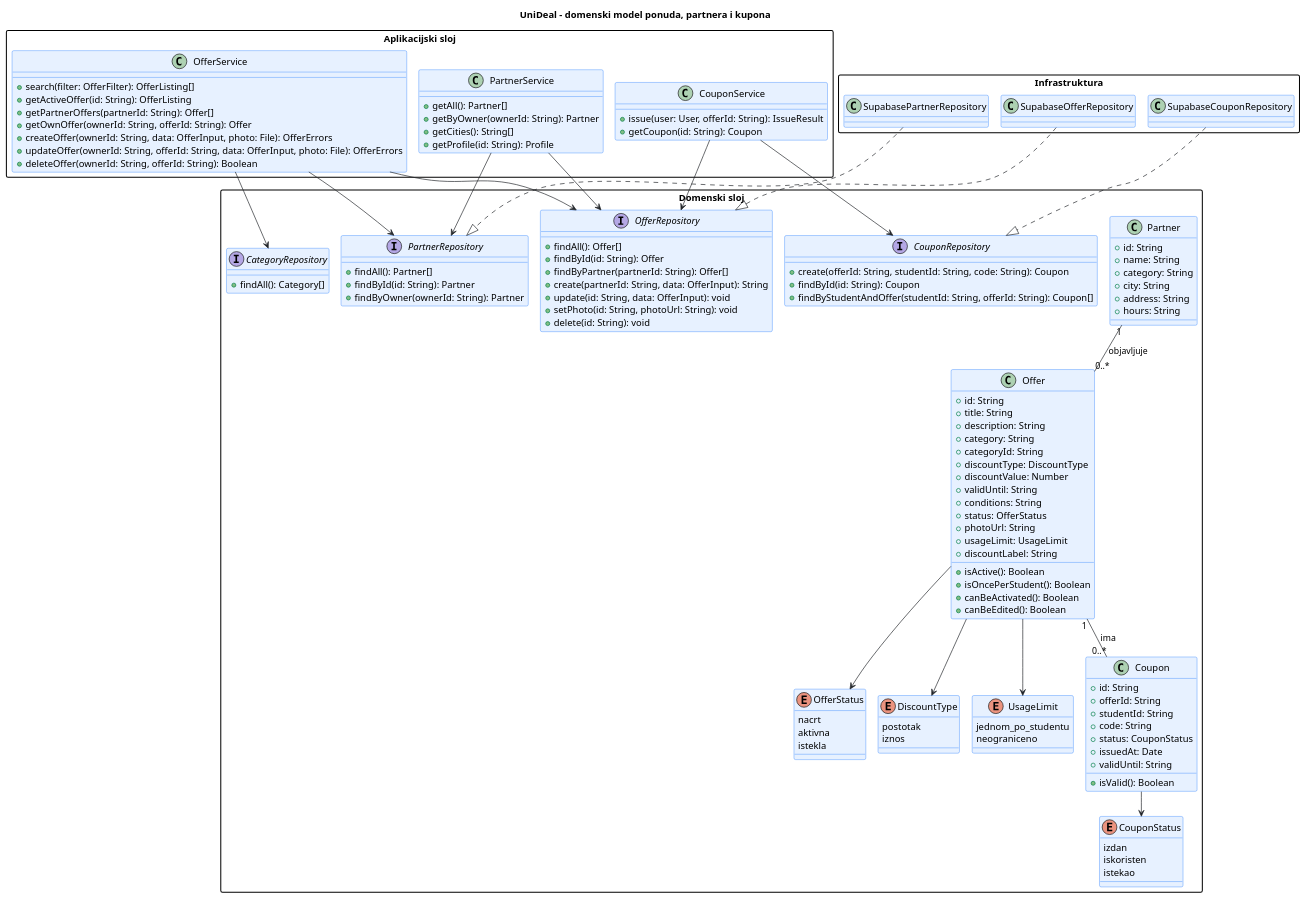
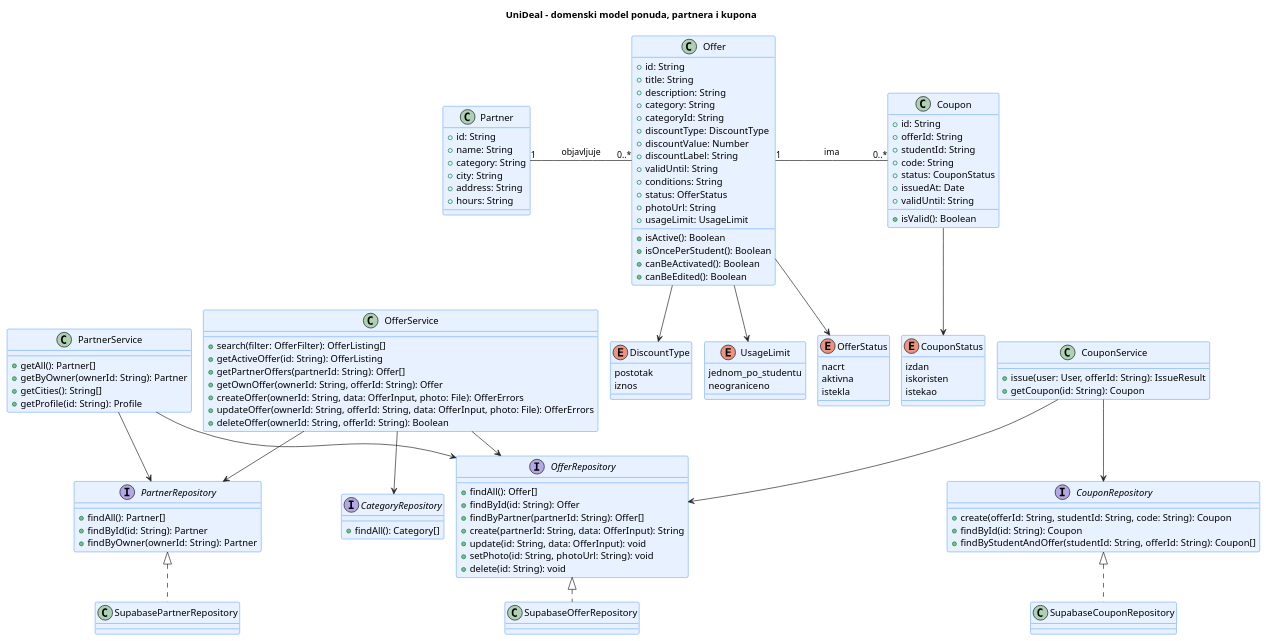
Before and after one commit to matejban/UniDeal: the diagram in docs/puml/4-3-unideal-domain-CD.puml, drawn with PlantUML. The commit also changed other lines of this file and 16 other files, not shown here.

```diff
--- a/docs/puml/4-3-unideal-domain-CD.puml
+++ b/docs/puml/4-3-unideal-domain-CD.puml
@@ -14,143 +21,180 @@
 @startuml
 !pragma layout smetana
 title UniDeal – domenski model ponuda, partnera i kupona
 
 skinparam shadowing false
 skinparam defaultFontName Arial
-skinparam packageStyle rectangle
 skinparam ArrowColor #212529
+skinparam nodesep 60
+skinparam ranksep 50
 
 skinparam class {
     BackgroundColor #E7F1FF
     BorderColor #0D6EFD
 }
 
-package "Aplikacijski sloj" {
-    class OfferService {
-        +search(filter: OfferFilter): OfferListing[]
-        +getActiveOffer(id: String): OfferListing
-        +getPartnerOffers(partnerId: String): Offer[]
-        +getOwnOffer(ownerId: String, offerId: String): Offer
-        +createOffer(ownerId: String, data: OfferInput, photo: File): OfferErrors
-        +updateOffer(ownerId: String, offerId: String, data: OfferInput, photo: File): OfferErrors
-        +deleteOffer(ownerId: String, offerId: String): Boolean
-    }
-    class PartnerService {
-        +getAll(): Partner[]
-        +getByOwner(ownerId: String): Partner
-        +getCities(): String[]
-        +getProfile(id: String): Profile
-    }
-    class CouponService {
-        +issue(user: User, offerId: String): IssueResult
-        +getCoupon(id: String): Coupon
-    }
+' ==============================================================================
+' Vrijednosti (enum)
+' ==============================================================================
+
+enum OfferStatus {
+    nacrt
+    aktivna
+    istekla
+}
+enum DiscountType {
+    postotak
+    iznos
+}
+enum UsageLimit {
+    jednom_po_studentu
+    neograniceno
+}
+enum CouponStatus {
+    izdan
+    iskoristen
+    istekao
 }
 
-package "Domenski sloj" {
-    enum OfferStatus {
-        nacrt
-        aktivna
-        istekla
-    }
-    enum DiscountType {
-        postotak
-        iznos
-    }
-    enum UsageLimit {
-        jednom_po_studentu
-        neograniceno
-    }
-    enum CouponStatus {
-        izdan
-        iskoristen
-        istekao
-    }
-    class Offer {
-        +id: String
-        +title: String
-        +description: String
-        +category: String
-        +categoryId: String
-        +discountType: DiscountType
-        +discountValue: Number
-        +validUntil: String
-        +conditions: String
-        +status: OfferStatus
-        +photoUrl: String
-        +usageLimit: UsageLimit
-        +isActive(): Boolean
-        +isOncePerStudent(): Boolean
-        +canBeActivated(): Boolean
-        +canBeEdited(): Boolean
-        +discountLabel: String
-    }
-    class Partner {
-        +id: String
-        +name: String
-        +category: String
-        +city: String
-        +address: String
-        +hours: String
-    }
-    class Coupon {
-        +id: String
-        +offerId: String
-        +studentId: String
-        +code: String
-        +status: CouponStatus
-        +issuedAt: Date
-        +validUntil: String
-        +isValid(): Boolean
-    }
-    interface OfferRepository {
-        +findAll(): Offer[]
-        +findById(id: String): Offer
-        +findByPartner(partnerId: String): Offer[]
-        +create(partnerId: String, data: OfferInput): String
-        +update(id: String, data: OfferInput): void
-        +setPhoto(id: String, photoUrl: String): void
-        +delete(id: String): void
-    }
-    interface PartnerRepository {
-        +findAll(): Partner[]
-        +findById(id: String): Partner
-        +findByOwner(ownerId: String): Partner
-    }
-    interface CategoryRepository {
-        +findAll(): Category[]
-    }
-    interface CouponRepository {
-        +create(offerId: String, studentId: String, code: String): Coupon
-        +findById(id: String): Coupon
-        +findByStudentAndOffer(studentId: String, offerId: String): Coupon[]
-    }
+' ==============================================================================
+' Domenski razredi
+' ==============================================================================
+
+class Partner {
+    +id: String
+    +name: String
+    +category: String
+    +city: String
+    +address: String
+    +hours: String
 }
 
-package "Infrastruktura" {
-    class SupabaseOfferRepository
-    class SupabasePartnerRepository
-    class SupabaseCouponRepository
+class Offer {
+    +id: String
+    +title: String
+    +description: String
+    +category: String
+    +categoryId: String
+    +discountType: DiscountType
+    +discountValue: Number
+    +discountLabel: String
+    +validUntil: String
+    +conditions: String
+    +status: OfferStatus
+    +photoUrl: String
+    +usageLimit: UsageLimit
+    +isActive(): Boolean
+    +isOncePerStudent(): Boolean
+    +canBeActivated(): Boolean
+    +canBeEdited(): Boolean
 }
 
-Partner "1" -- "0..*" Offer : objavljuje >
-Offer --> OfferStatus
-Offer --> DiscountType
-Offer --> UsageLimit
-Offer "1" -- "0..*" Coupon : ima >
-Coupon --> CouponStatus
+class Coupon {
+    +id: String
+    +offerId: String
+    +studentId: String
+    +code: String
+    +status: CouponStatus
+    +issuedAt: Date
+    +validUntil: String
+    +isValid(): Boolean
+}
 
+' ==============================================================================
+' Servisi
+' ==============================================================================
 
-OfferService --> OfferRepository
-OfferService --> PartnerRepository
-OfferService --> CategoryRepository
-PartnerService --> PartnerRepository
-PartnerService --> OfferRepository
-CouponService --> CouponRepository
-CouponService --> OfferRepository
+class PartnerService {
+    +getAll(): Partner[]
+    +getByOwner(ownerId: String): Partner
+    +getCities(): String[]
+    +getProfile(id: String): Profile
+}
 
-SupabaseOfferRepository ..|> OfferRepository
-SupabasePartnerRepository ..|> PartnerRepository
-SupabaseCouponRepository ..|> CouponRepository
+class OfferService {
+    +search(filter: OfferFilter): OfferListing[]
+    +getActiveOffer(id: String): OfferListing
+    +getPartnerOffers(partnerId: String): Offer[]
+    +getOwnOffer(ownerId: String, offerId: String): Offer
+    +createOffer(ownerId: String, data: OfferInput, photo: File): OfferErrors
+    +updateOffer(ownerId: String, offerId: String, data: OfferInput, photo: File): OfferErrors
+    +deleteOffer(ownerId: String, offerId: String): Boolean
+}
+
+class CouponService {
+    +issue(user: User, offerId: String): IssueResult
+    +getCoupon(id: String): Coupon
+}
+
+' ==============================================================================
+' Sučelja repozitorija i implementacije
+' ==============================================================================
+
+interface PartnerRepository {
+    +findAll(): Partner[]
+    +findById(id: String): Partner
+    +findByOwner(ownerId: String): Partner
+}
+
+interface OfferRepository {
+    +findAll(): Offer[]
+    +findById(id: String): Offer
+    +findByPartner(partnerId: String): Offer[]
+    +create(partnerId: String, data: OfferInput): String
+    +update(id: String, data: OfferInput): void
+    +setPhoto(id: String, photoUrl: String): void
+    +delete(id: String): void
+}
+
+interface CategoryRepository {
+    +findAll(): Category[]
+}
+
+interface CouponRepository {
+    +create(offerId: String, studentId: String, code: String): Coupon
+    +findById(id: String): Coupon
+    +findByStudentAndOffer(studentId: String, offerId: String): Coupon[]
+}
+
+class SupabasePartnerRepository
+class SupabaseOfferRepository
+class SupabaseCouponRepository
+
+' ==============================================================================
+' Veze između domenskih razreda (jedan red: partner – ponuda – kupon)
+' ==============================================================================
+
+Partner "1" -right- "0..*" Offer : objavljuje >
+Offer "1" -right- "0..*" Coupon : ima >
+
+' Vrijednosti iznad razreda koji ih koristi
+OfferStatus <-up- Offer
+DiscountType <-up- Offer
+UsageLimit <-up- Offer
+CouponStatus <-up- Coupon
+
+' ==============================================================================
+' Servisi koriste repozitorije (svaki servis ispod svojeg razreda)
+' ==============================================================================
+
+Partner -[hidden]down- PartnerService
+Offer -[hidden]down- OfferService
+Coupon -[hidden]down- CouponService
+
+PartnerService -down-> PartnerRepository
+PartnerService -down-> OfferRepository
+OfferService -down-> OfferRepository
+OfferService -down-> PartnerRepository
+OfferService -down-> CategoryRepository
+CouponService -down-> CouponRepository
+CouponService -down-> OfferRepository
+
+' ==============================================================================
+' Implementacije ispod sučelja
+' ==============================================================================
+
+SupabasePartnerRepository .up.|> PartnerRepository
+SupabaseOfferRepository .up.|> OfferRepository
+SupabaseCouponRepository .up.|> CouponRepository
 
 @enduml
```
